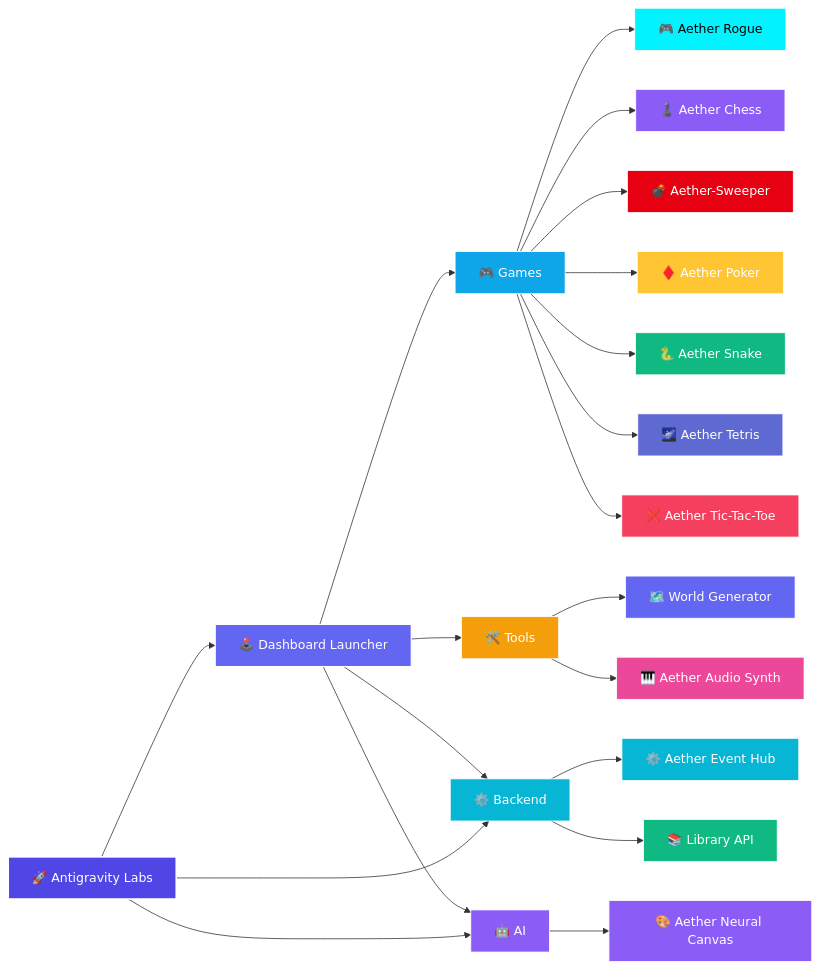
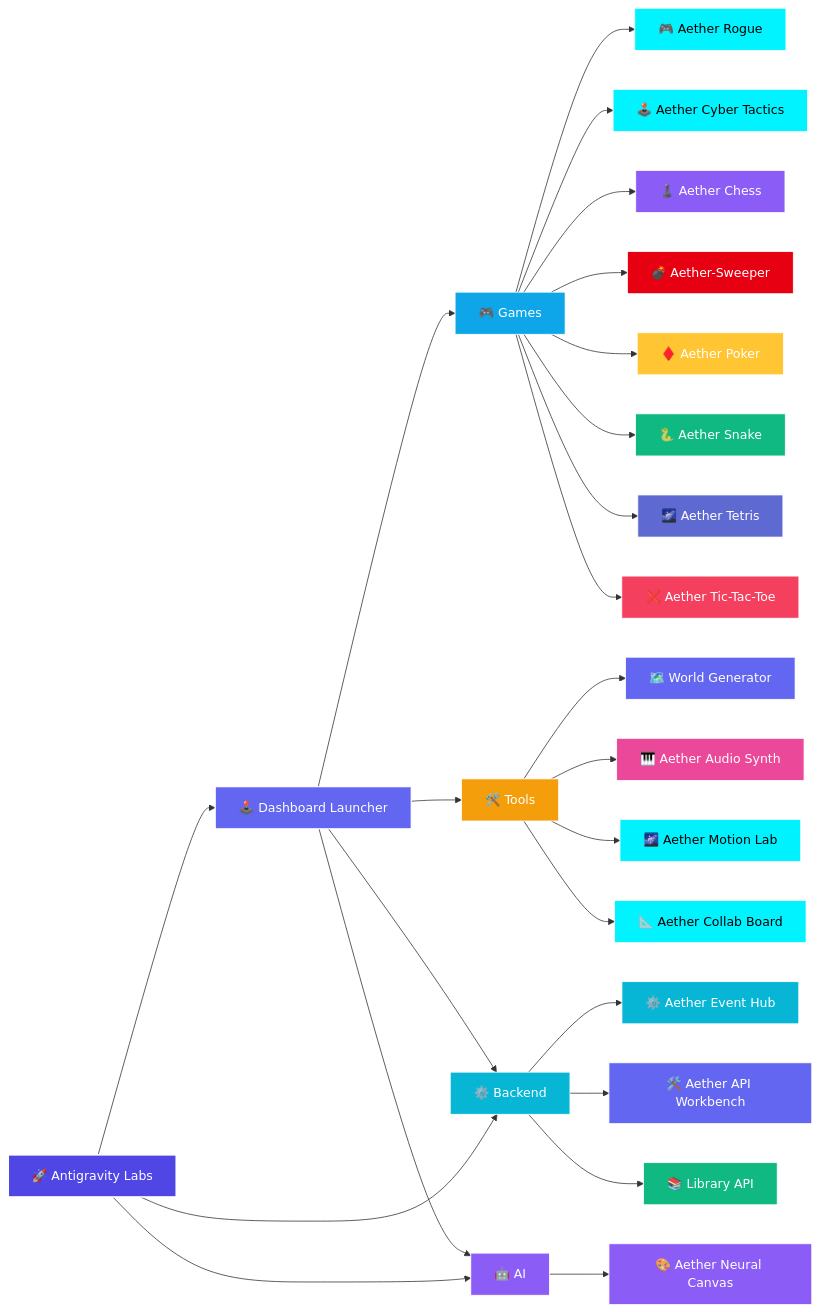
The diagram in README.md (Leturnos/antigravity-labs), drawn with Mermaid before and after one commit. The commit also changed other lines of this file and 3 other files, not shown here.

````diff
--- a/README.md
+++ b/README.md
@@ -38,49 +41,57 @@
 ```mermaid
 flowchart LR
     Root["🚀 Antigravity Labs"]
     Launcher["🕹️ Dashboard Launcher"]
 
     Root --> Launcher
     Root --> Backend["⚙️ Backend"]
     Root --> AI["🤖 AI"]
 
     Launcher --> Games["🎮 Games"]
     Launcher --> Tools["🛠️ Tools"]
     Launcher --> AI["🤖 AI"]
     Launcher --> Backend["⚙️ Backend"]
 
     Games --> Rogue["🎮 Aether Rogue"]
+    Games --> Tactics["🕹️ Aether Cyber Tactics"]
     Games --> Chess["♟️ Aether Chess"]
     Games --> Sweeper["💣 Aether-Sweeper"]
     Games --> Poker["♦️ Aether Poker"]
     Games --> Snake["🐍 Aether Snake"]
     Games --> Tetris["🌌 Aether Tetris"]
     Games --> TicTacToe["❌ Aether Tic-Tac-Toe"]
 
     Backend --> EventHub["⚙️ Aether Event Hub"]
+    Backend --> APIWorkbench["🛠️ Aether API Workbench"]
     Backend --> LibraryAPI["📚 Library API"]
     
     Tools --> WorldGen["🗺️ World Generator"]
     Tools --> AudioSynth["🎹 Aether Audio Synth"]
+    Tools --> MotionLab["🌌 Aether Motion Lab"]
+    Tools --> CollabBoard["📐 Aether Collab Board"]
 
     AI --> NeuralCanvas["🎨 Aether Neural Canvas"]
 
     style Root fill:#4f46e5,stroke:#fff,stroke-width:2px,color:#fff
     style Launcher fill:#6366f1,stroke:#fff,stroke-width:1.5px,color:#fff
     style Games fill:#0ea5e9,stroke:#fff,stroke-width:1px,color:#fff
     style Backend fill:#06b6d4,stroke:#fff,stroke-width:1px,color:#fff
     style AI fill:#8b5cf6,stroke:#fff,stroke-width:1px,color:#fff
     style Tools fill:#f59e0b,stroke:#fff,stroke-width:1px,color:#fff
     style Rogue fill:#00f3ff,stroke:#fff,stroke-width:1px,color:#000
+    style Tactics fill:#00f3ff,stroke:#fff,stroke-width:1px,color:#000
     style Chess fill:#8b5cf6,stroke:#fff,stroke-width:1px,color:#fff
     style Sweeper fill:#e60012,stroke:#fff,stroke-width:1px,color:#fff
     style Poker fill:#ffc533,stroke:#fff,stroke-width:1px,color:#fff
     style Snake fill:#10b981,stroke:#fff,stroke-width:1px,color:#fff
     style Tetris fill:#5e6ad2,stroke:#fff,stroke-width:1px,color:#fff
     style TicTacToe fill:#f43f5e,stroke:#fff,stroke-width:1px,color:#fff
     style EventHub fill:#06b6d4,stroke:#fff,stroke-width:1px,color:#fff
+    style APIWorkbench fill:#6366f1,stroke:#fff,stroke-width:1px,color:#fff
     style LibraryAPI fill:#10b981,stroke:#fff,stroke-width:1px,color:#fff
     style WorldGen fill:#6366f1,stroke:#fff,stroke-width:1px,color:#fff
     style AudioSynth fill:#ec4899,stroke:#fff,stroke-width:1px,color:#fff
+    style MotionLab fill:#00f2fe,stroke:#fff,stroke-width:1px,color:#000
+    style CollabBoard fill:#00f3ff,stroke:#fff,stroke-width:1px,color:#000
     style NeuralCanvas fill:#8b5cf6,stroke:#fff,stroke-width:1px,color:#fff
 ```
````
